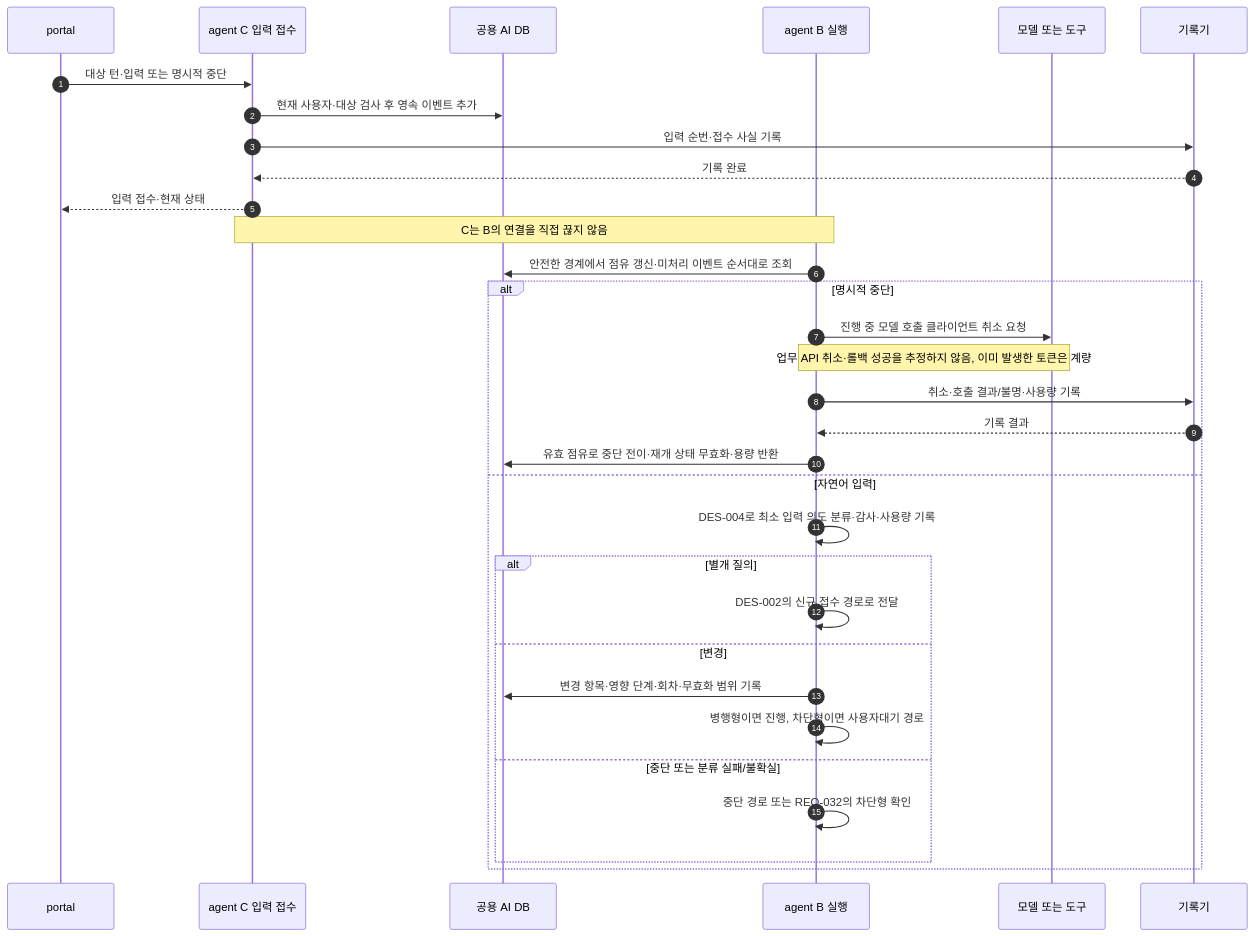
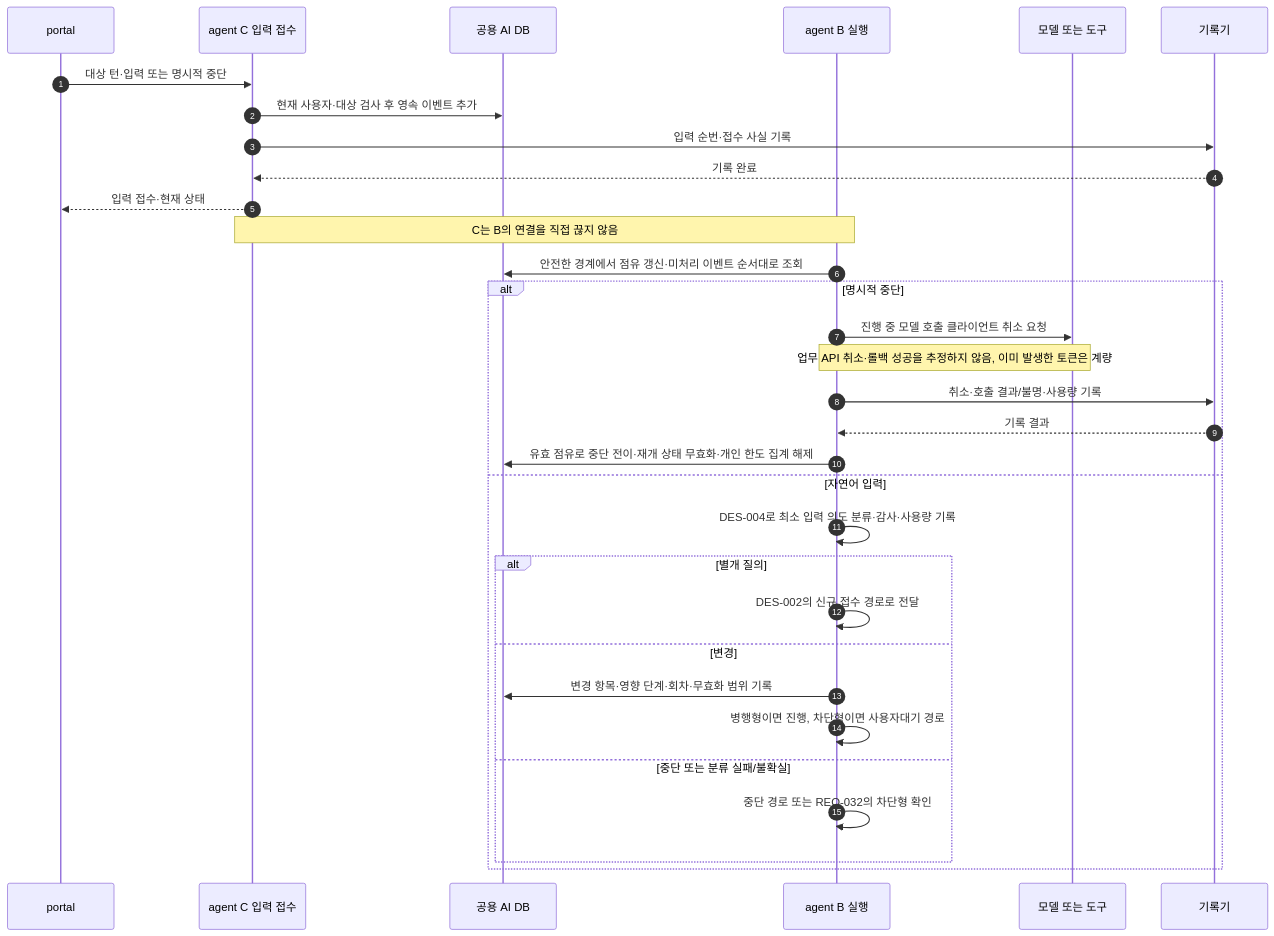
The second of 3 diagrams in documents/design/agent-lifecycle-sequences.md (choijoobok/ai-agent), drawn with Mermaid before and after one commit. The commit also changed other lines of this file and 25 other files, not shown here.

````diff
--- a/documents/design/agent-lifecycle-sequences.md
+++ b/documents/design/agent-lifecycle-sequences.md
@@ -101,34 +107,34 @@
 ```mermaid
 sequenceDiagram
     autonumber
     participant P as portal
     participant C as agent C 입력 접수
     participant D as 공용 AI DB
     participant B as agent B 실행
     participant L as 모델 또는 도구
     participant H as 기록기
     P->>C: 대상 턴·입력 또는 명시적 중단
     C->>D: 현재 사용자·대상 검사 후 영속 이벤트 추가
     C->>H: 입력 순번·접수 사실 기록
     H-->>C: 기록 완료
     C-->>P: 입력 접수·현재 상태
     Note over C,B: C는 B의 연결을 직접 끊지 않음
     B->>D: 안전한 경계에서 점유 갱신·미처리 이벤트 순서대로 조회
     alt 명시적 중단
         B->>L: 진행 중 모델 호출 클라이언트 취소 요청
         Note over B,L: 업무 API 취소·롤백 성공을 추정하지 않음, 이미 발생한 토큰은 계량
         B->>H: 취소·호출 결과/불명·사용량 기록
         H-->>B: 기록 결과
-        B->>D: 유효 점유로 중단 전이·재개 상태 무효화·용량 반환
+        B->>D: 유효 점유로 중단 전이·재개 상태 무효화·개인 한도 집계 해제
     else 자연어 입력
         B->>B: DES-004로 최소 입력 의도 분류·감사·사용량 기록
         alt 별개 질의
             B->>B: DES-002의 신규 접수 경로로 전달
         else 변경
             B->>D: 변경 항목·영향 단계·회차·무효화 범위 기록
             B->>B: 병행형이면 진행, 차단형이면 사용자대기 경로
         else 중단 또는 분류 실패/불확실
             B->>B: 중단 경로 또는 REQ-032의 차단형 확인
         end
     end
 ```
````
